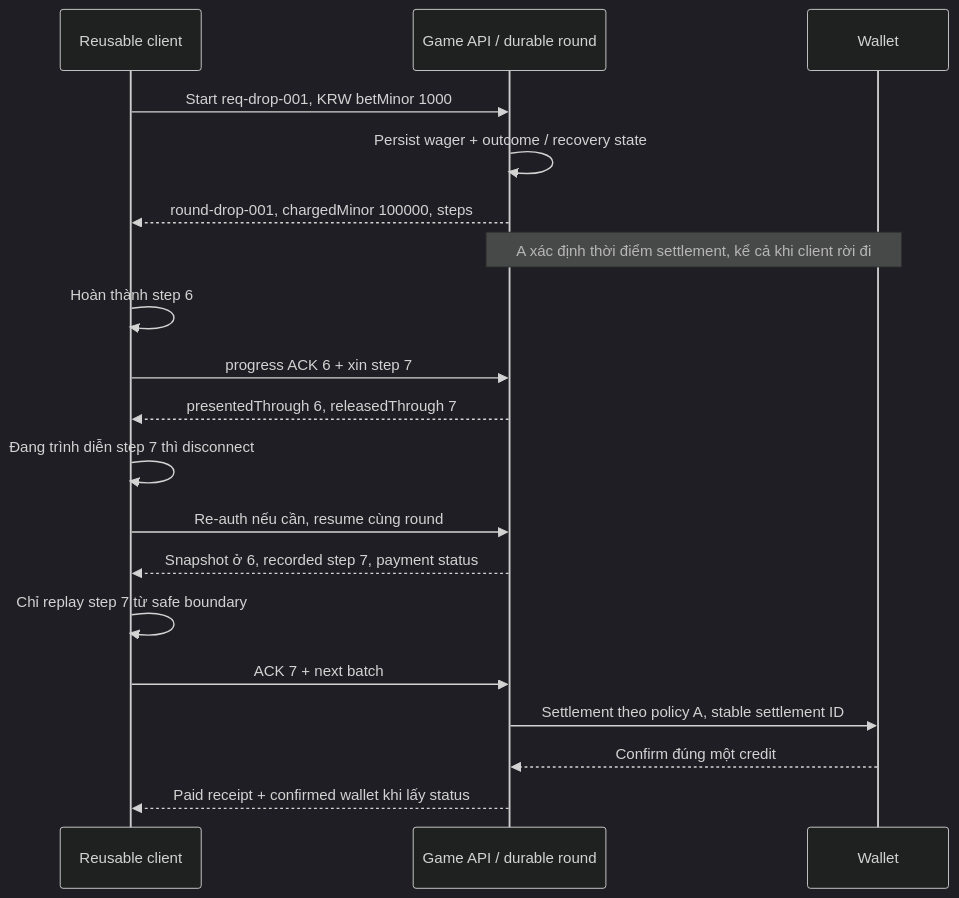
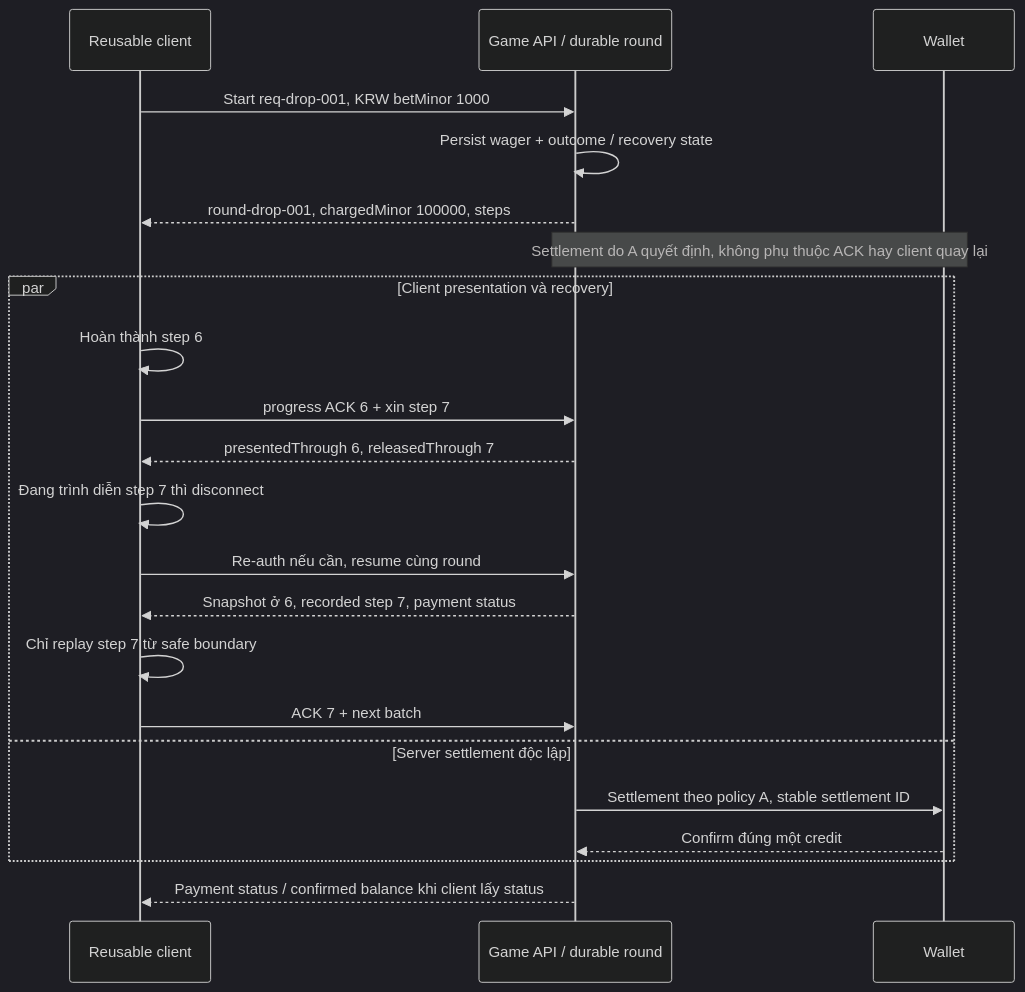
One commit to phuocthan/TarvernDropTPT changed the second of 3 diagrams in docs/backend-requirements-krw-resume-single-settlement.md. Above: the diagram before and after it, drawn with Mermaid (dark theme). The commit also changed other lines of this file and 12 other files, not shown here.

````diff
--- a/docs/backend-requirements-krw-resume-single-settlement.md
+++ b/docs/backend-requirements-krw-resume-single-settlement.md
@@ -533,21 +735,24 @@
 ```mermaid
 sequenceDiagram
     participant C as Reusable client
     participant A as Game API / durable round
     participant W as Wallet
     C->>A: Start req-drop-001, KRW betMinor 1000
     A->>A: Persist wager + outcome / recovery state
     A-->>C: round-drop-001, chargedMinor 100000, steps
-    Note over A,W: A xác định thời điểm settlement, kể cả khi client rời đi
-    C->>C: Hoàn thành step 6
-    C->>A: progress ACK 6 + xin step 7
-    A-->>C: presentedThrough 6, releasedThrough 7
-    C->>C: Đang trình diễn step 7 thì disconnect
-    C->>A: Re-auth nếu cần, resume cùng round
-    A-->>C: Snapshot ở 6, recorded step 7, payment status
-    C->>C: Chỉ replay step 7 từ safe boundary
-    C->>A: ACK 7 + next batch
-    A->>W: Settlement theo policy A, stable settlement ID
-    W-->>A: Confirm đúng một credit
-    A-->>C: Paid receipt + confirmed wallet khi lấy status
+    Note over A,W: Settlement do A quyết định, không phụ thuộc ACK hay client quay lại
+    par Client presentation và recovery
+        C->>C: Hoàn thành step 6
+        C->>A: progress ACK 6 + xin step 7
+        A-->>C: presentedThrough 6, releasedThrough 7
+        C->>C: Đang trình diễn step 7 thì disconnect
+        C->>A: Re-auth nếu cần, resume cùng round
+        A-->>C: Snapshot ở 6, recorded step 7, payment status
+        C->>C: Chỉ replay step 7 từ safe boundary
+        C->>A: ACK 7 + next batch
+    and Server settlement độc lập
+        A->>W: Settlement theo policy A, stable settlement ID
+        W-->>A: Confirm đúng một credit
+    end
+    A-->>C: Payment status / confirmed balance khi client lấy status
 ```
````
